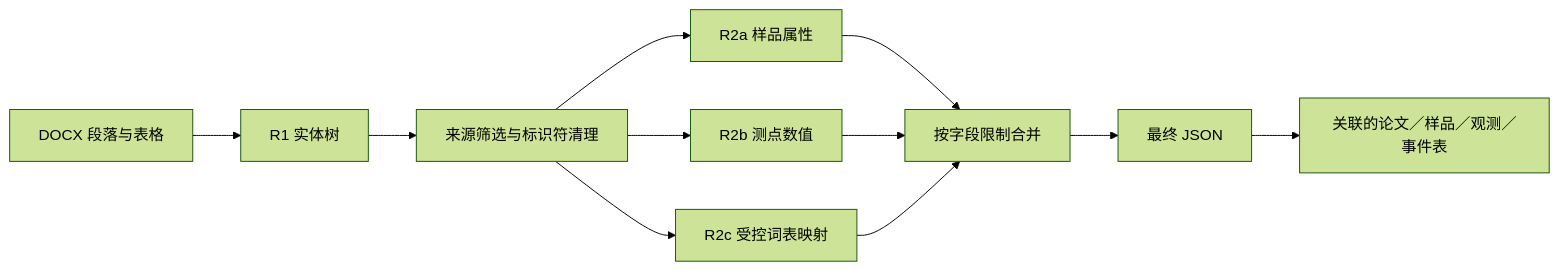
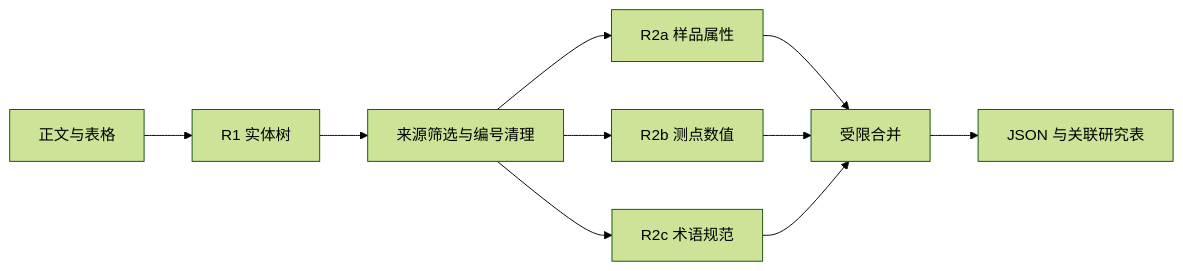
One commit to dvdsvc/firstlight changed the first of 3 diagrams in README.zh-CN.md. Above: the diagram before and after it, drawn with Mermaid (forest theme). The commit also changed other lines of this file and 3 other files, not shown here.

First line of the commit message:
📝 Explain extraction reliability and document-graph recovery

````diff
--- a/README.zh-CN.md
+++ b/README.zh-CN.md
@@ -15,13 +37,12 @@
 ```mermaid
 flowchart LR
-    D[DOCX 段落与表格] --> R1[R1 实体树]
-    R1 --> F[来源筛选与标识符清理]
+    D[正文与表格] --> R1[R1 实体树]
+    R1 --> F[来源筛选与编号清理]
     F --> A[R2a 样品属性]
     F --> B[R2b 测点数值]
-    F --> C[R2c 受控词表映射]
-    A --> M[按字段限制合并]
+    F --> C[R2c 术语规范]
+    A --> M[受限合并]
     B --> M
     C --> M
-    M --> J[最终 JSON]
-    J --> T[关联的论文／样品／观测／事件表]
+    M --> O[JSON 与关联研究表]
 ```
````
